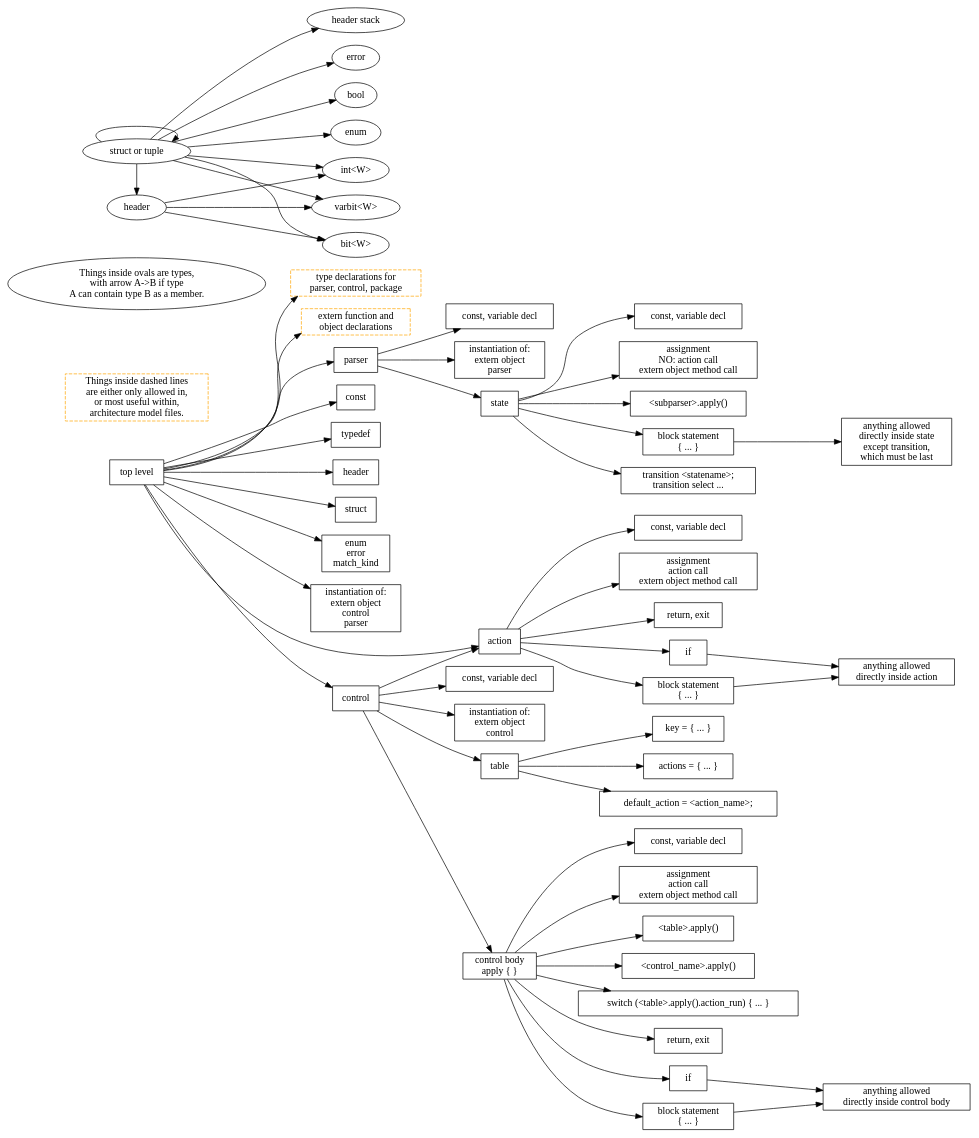
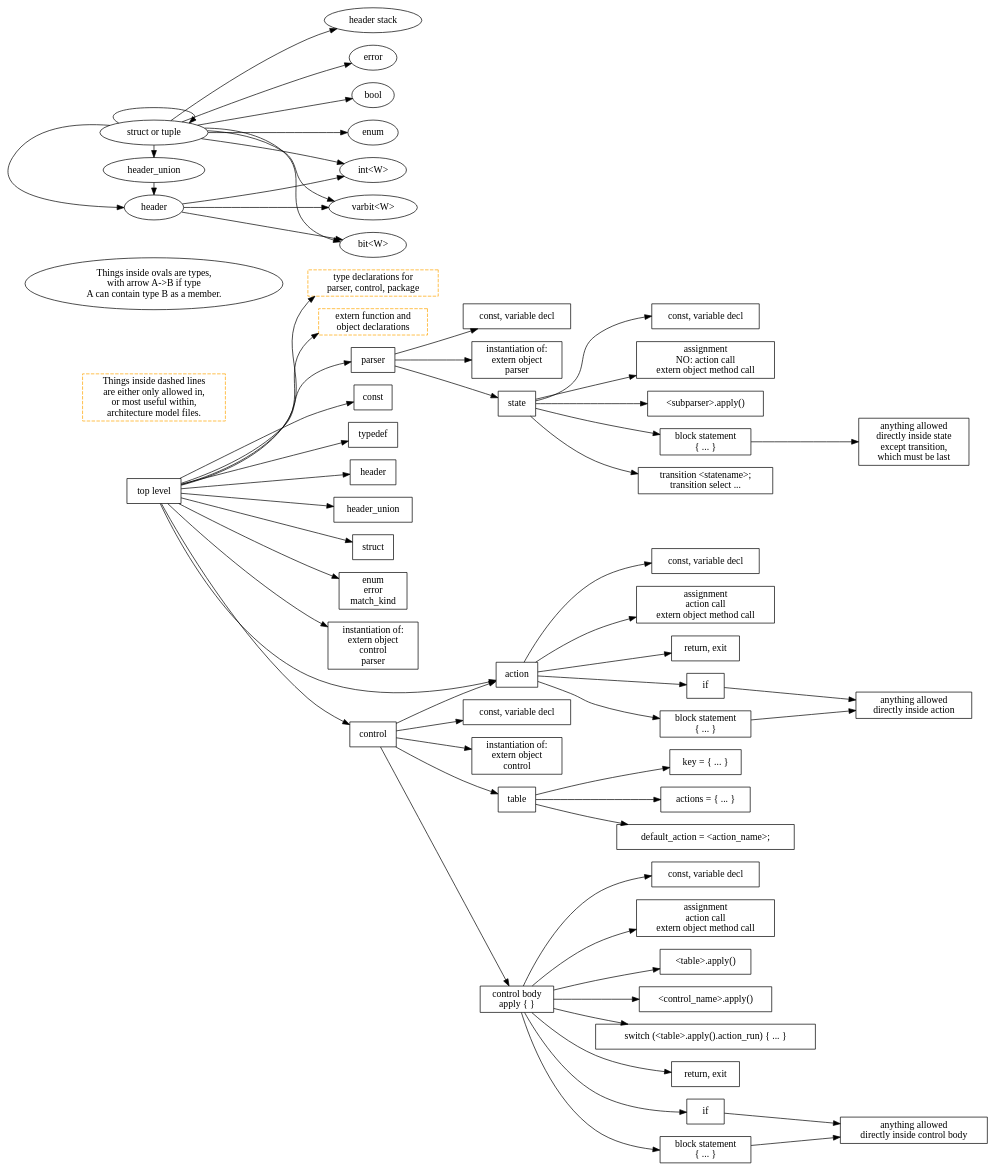
One commit to jafingerhut/p4-guide changed the diagram in p4-16-allowed-constructs.dot. Above: the diagram before and after it, drawn with Graphviz. The commit also changed 3 other files, not shown here.

Commit message:
Add header unions to text and graph of allowed language constructs

```diff
--- a/p4-16-allowed-constructs.dot
+++ b/p4-16-allowed-constructs.dot
@@ -1,143 +1,149 @@
 digraph p4_16_allowed_construct_nesting {
 
     node [shape=box];
     rankdir=LR;
     
     toplevel [label="top level"];
     legend_bold_orange_box [label="Things inside dashed lines\nare either only allowed in,\nor most useful within,\narchitecture model files." style=dashed color=orange];
 
     toplevel -> typeDeclaration;
     typeDeclaration [label="type declarations for\nparser, control, package" style=dashed color=orange];
     toplevel -> externDeclaration;
     externDeclaration [label="extern function and\n object declarations" style=dashed color=orange];
     toplevel -> parserDeclaration;
     parserDeclaration [label="parser"];
     toplevel -> constantDeclaration1;
     constantDeclaration1 [label="const"];
     toplevel -> typedefDeclaration;
     typedefDeclaration [label="typedef"];
     toplevel -> headerTypeDeclaration;
     headerTypeDeclaration [label="header"];
+    toplevel -> headerUnionDeclaration;
+    headerUnionDeclaration [label="header_union"];
     toplevel -> structTypeDeclaration;
     structTypeDeclaration [label="struct"];
     toplevel -> enumErrorMatchKindDeclaration;
     enumErrorMatchKindDeclaration [label="enum\nerror\nmatch_kind"];
     toplevel -> Instantiation;
     Instantiation [label="instantiation of:\nextern object\ncontrol\nparser"];
     toplevel -> actionDeclaration;
     actionDeclaration [label="action"];
     toplevel -> controlDeclaration;
     controlDeclaration [label="control"];
 
     // this is 'parser <name> (<parameters>) { ... }'
     parserDeclaration -> constantOrVariableDeclaration2;
     constantOrVariableDeclaration2 [label="const, variable decl"];
     parserDeclaration -> Instantiation2;
     Instantiation2 [label="instantiation of:\nextern object\nparser"];
     parserDeclaration -> parserState;
 
     parserState [label="state"];
     parserState -> constantOrVariableDeclaration3;
     constantOrVariableDeclaration3 [label="const, variable decl"];
     parserState -> assignmentActionMethodCallStatement3;
     assignmentActionMethodCallStatement3 [label="assignment\nNO: action call\nextern object method call"];
     parserState -> parserApplyCallStatement3;
     parserApplyCallStatement3 [label="<subparser>.apply()"];
     parserState -> blockStatement3;
     blockStatement3 [label="block statement\n{ ... }"];
     blockStatement3 -> blockStatementInParserState;
     blockStatementInParserState [label="anything allowed\ndirectly inside state\nexcept transition,\nwhich must be last"];
     parserState -> transitionStatement;
     transitionStatement [label="transition <statename>;\ntransition select ..."];
 
     controlDeclaration -> constantOrVariableDeclaration4;
     constantOrVariableDeclaration4 [label="const, variable decl"];
     controlDeclaration -> Instantiation4;
     Instantiation4 [label="instantiation of:\nextern object\ncontrol"];
     controlDeclaration -> actionDeclaration;
     controlDeclaration -> tableDeclaration;
     controlDeclaration -> controlBody;
     controlBody [label="control body\napply { }"];
 
     tableDeclaration [label="table"];
     tableDeclaration -> tablePropertyKey;
     tablePropertyKey [label="key = { ... }"];
     tableDeclaration -> tablePropertyActions;
     tablePropertyActions [label="actions = { ... }"];
     tableDeclaration -> tablePropertyDefaultAction;
     tablePropertyDefaultAction [label="default_action = <action_name>;"];
 
     actionDeclaration -> constantOrVariableDeclaration5;
     constantOrVariableDeclaration5 [label="const, variable decl"];
     actionDeclaration -> assignmentActionMethodCallStatement5;
     assignmentActionMethodCallStatement5 [label="assignment\naction call\nextern object method call"];
     actionDeclaration -> returnOrExitStatement5;
     returnOrExitStatement5 [label="return, exit"];
     actionDeclaration -> conditionalStatement5;
     conditionalStatement5 [label="if"];
     conditionalStatement5 -> blockStatementInActionDeclaration;
     actionDeclaration -> blockStatement5;
     blockStatement5 [label="block statement\n{ ... }"];
     blockStatement5 -> blockStatementInActionDeclaration;
     blockStatementInActionDeclaration [label="anything allowed\ndirectly inside action"];
 
     // I am making up actionCallStatement.  It might most closely
     // correspond in P4_16 grammar to assignmentOrMethodCallStatement.
     //actionCallStatement
 
     controlBody -> constantOrVariableDeclaration6;
     constantOrVariableDeclaration6 [label="const, variable decl"];
     controlBody -> assignmentActionMethodCallStatement6;
     assignmentActionMethodCallStatement6 [label="assignment\naction call\nextern object method call"];
     controlBody -> tableApplyCall6;
     tableApplyCall6 [label="<table>.apply()"];
     controlBody -> controlCallStatement6;
     controlCallStatement6 [label="<control_name>.apply()"];
     controlBody -> switchStatement6;
     switchStatement6 [label="switch (<table>.apply().action_run) { ... }"];
     controlBody -> returnOrExitStatement6;
     returnOrExitStatement6 [label="return, exit"];
     controlBody -> conditionalStatement6;
     conditionalStatement6 [label="if"];
     conditionalStatement6 -> blockStatementInControlBody;
     controlBody -> blockStatement6;
     blockStatement6 [label="block statement\n{ ... }"];
     blockStatement6 -> blockStatementInControlBody;
     blockStatementInControlBody [label="anything allowed\ndirectly inside control body"];
 
 
     legend_oval [label="Things inside ovals are types,\nwith arrow A->B if type\nA can contain type B as a member." shape=oval];
 
     {
     rank=same;
     containerHeader [shape=oval label="header"];
+    containerHeaderUnion [shape=oval label="header_union"];
     containerStructOrTuple [shape=oval label="struct or tuple"];
     //containerStruct [shape=oval label="struct"];
     //containerTuple [shape=oval label="tuple"];
     }
 
     {
     rank=same;
     elementBitW [shape=oval label="bit<W>"];
     elementIntW [shape=oval label="int<W>"];
     elementVarbitW [shape=oval label="varbit<W>"];
     elementError [shape=oval label="error"];
     elementBool [shape=oval label="bool"];
     elementEnum [shape=oval label="enum"];
     elementHeaderStack [shape=oval label="header stack"];
     }
 
     containerHeader -> elementBitW;
     containerHeader -> elementIntW;
     containerHeader -> elementVarbitW;
 
+    containerHeaderUnion -> containerHeader;
+
     containerStructOrTuple -> elementBitW;
     containerStructOrTuple -> elementIntW;
     containerStructOrTuple -> elementVarbitW;
     containerStructOrTuple -> elementError;
     containerStructOrTuple -> elementBool;
     containerStructOrTuple -> elementEnum;
     containerStructOrTuple -> containerHeader;
+    containerStructOrTuple -> containerHeaderUnion;
     containerStructOrTuple -> elementHeaderStack;
     containerStructOrTuple -> containerStructOrTuple;
 }
```
